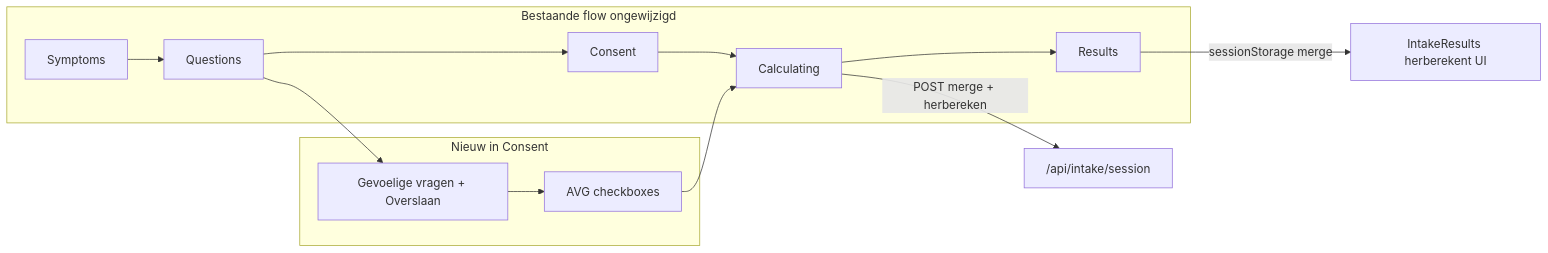
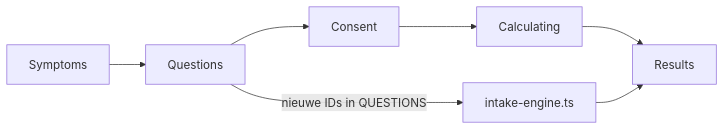
One commit to DenvWest/PSF changed the diagram in .cursor/plans/intake_40+_upgrade_4a9e7beb.plan.md. Above: the diagram before and after it, drawn with Mermaid. The commit also changed other lines of this file, not shown here.

Commit message:
checkpoint: voor consent-screen tekst fix

````diff
--- a/.cursor/plans/intake_40+_upgrade_4a9e7beb.plan.md
+++ b/.cursor/plans/intake_40+_upgrade_4a9e7beb.plan.md
@@ -41,18 +82,9 @@
 ```mermaid
 flowchart LR
-  subgraph coreFlow [Bestaande flow ongewijzigd]
-    Symptoms --> Questions
-    Questions --> Consent
-    Consent --> Calculating
-    Calculating --> Results
-  end
-  subgraph newBlock [Nieuw in Consent]
-    SensitiveIntro["Gevoelige vragen + Overslaan"]
-    ConsentForm["AVG checkboxes"]
-    SensitiveIntro --> ConsentForm
-  end
-  Questions --> SensitiveIntro
-  ConsentForm --> Calculating
-  Calculating -->|"POST merge + herbereken"| API["/api/intake/session"]
-  Results -->|"sessionStorage merge"| Display["IntakeResults herberekent UI"]
+  Symptoms --> Questions
+  Questions --> Consent
+  Consent --> Calculating
+  Calculating --> Results
+  Questions -->|"nieuwe IDs in QUESTIONS"| Engine["intake-engine.ts"]
+  Engine --> Results
 ```
````
